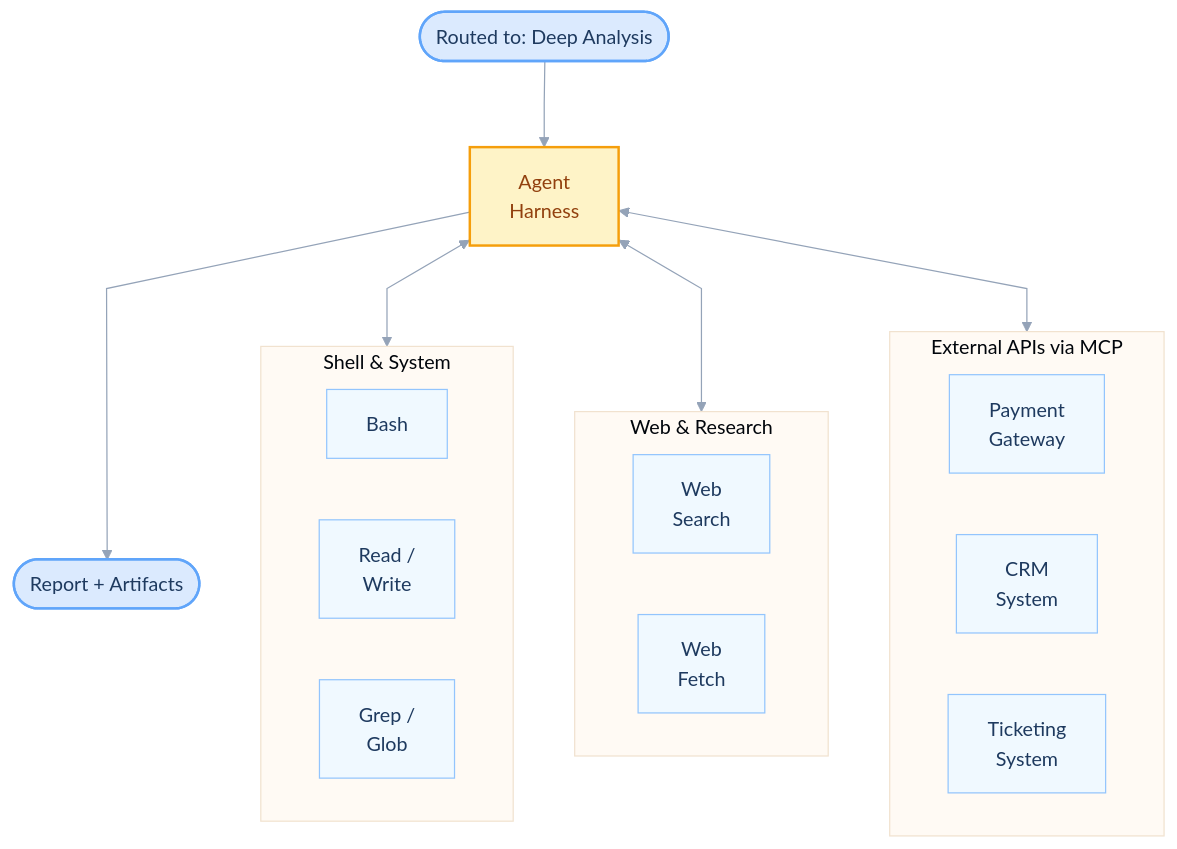
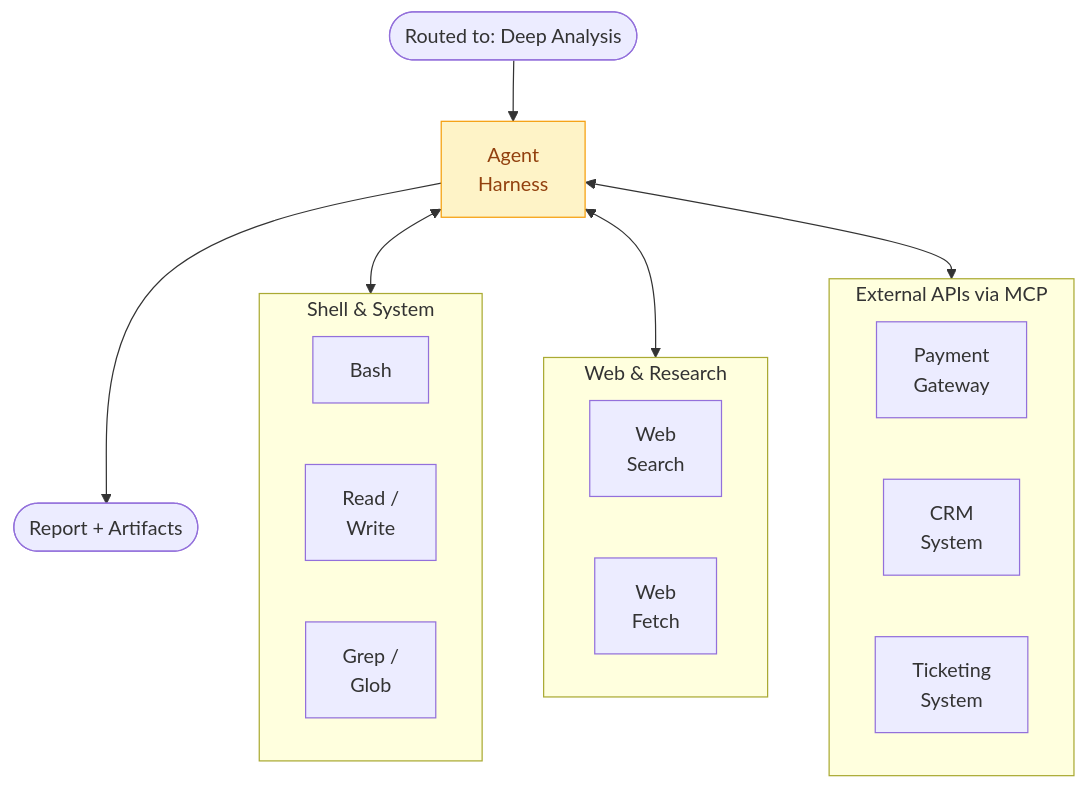
One commit to daveebbelaar/ai-cookbook changed the fourth of 6 diagrams in agents/autonomy-levels/README.md. Above: the diagram before and after it, drawn with Mermaid. The commit also changed other lines of this file, not shown here.

Commit message:
Refactor README.md to simplify flowchart configurations and enhance clarity by removing redundant styling elements, improving readability of AI autonomy levels and orchestration details.

````diff
--- a/agents/autonomy-levels/README.md
+++ b/agents/autonomy-levels/README.md
@@ -127,48 +76,32 @@
 ```mermaid
----
-config:
-  theme: base
-  themeVariables:
-    primaryColor: "#dbeafe"
-    primaryTextColor: "#1e3a5f"
-    primaryBorderColor: "#93c5fd"
-    lineColor: "#94a3b8"
-  flowchart:
-    curve: linear
-    padding: 16
-    nodeSpacing: 50
-    rankSpacing: 70
----
 flowchart TB
-    ROUTE(["Routed to: Deep Analysis"]):::input --> HARNESS["Agent<br>Harness"]:::harness
+    ROUTE(["Routed to: Deep Analysis"]) --> HARNESS["Agent<br>Harness"]:::harness
 
     subgraph SHELL ["Shell & System"]
         direction LR
-        BASH["Bash"]:::tool
-        READ["Read /<br>Write"]:::tool
-        GREP["Grep /<br>Glob"]:::tool
+        BASH["Bash"]
+        READ["Read /<br>Write"]
+        GREP["Grep /<br>Glob"]
     end
 
     subgraph RESEARCH ["Web & Research"]
         direction LR
-        SEARCH["Web<br>Search"]:::tool
-        FETCH["Web<br>Fetch"]:::tool
+        SEARCH["Web<br>Search"]
+        FETCH["Web<br>Fetch"]
     end
 
     subgraph APIS ["External APIs via MCP"]
         direction LR
-        GATEWAY["Payment<br>Gateway"]:::tool
-        CRM["CRM<br>System"]:::tool
-        TICKETS["Ticketing<br>System"]:::tool
+        GATEWAY["Payment<br>Gateway"]
+        CRM["CRM<br>System"]
+        TICKETS["Ticketing<br>System"]
     end
 
     HARNESS <--> SHELL
     HARNESS <--> RESEARCH
     HARNESS <--> APIS
 
-    HARNESS --> RESULT(["Report + Artifacts"]):::input
+    HARNESS --> RESULT(["Report + Artifacts"])
 
-    classDef input fill:#dbeafe,stroke:#60a5fa,color:#1e3a5f,stroke-width:2px
-    classDef harness fill:#fef3c7,stroke:#f59e0b,color:#92400e,stroke-width:2px
-    classDef tool fill:#f0f9ff,stroke:#93c5fd,color:#1e3a5f,stroke-width:1px
+    classDef harness fill:#fef3c7,stroke:#f59e0b,color:#92400e
 ```
````
